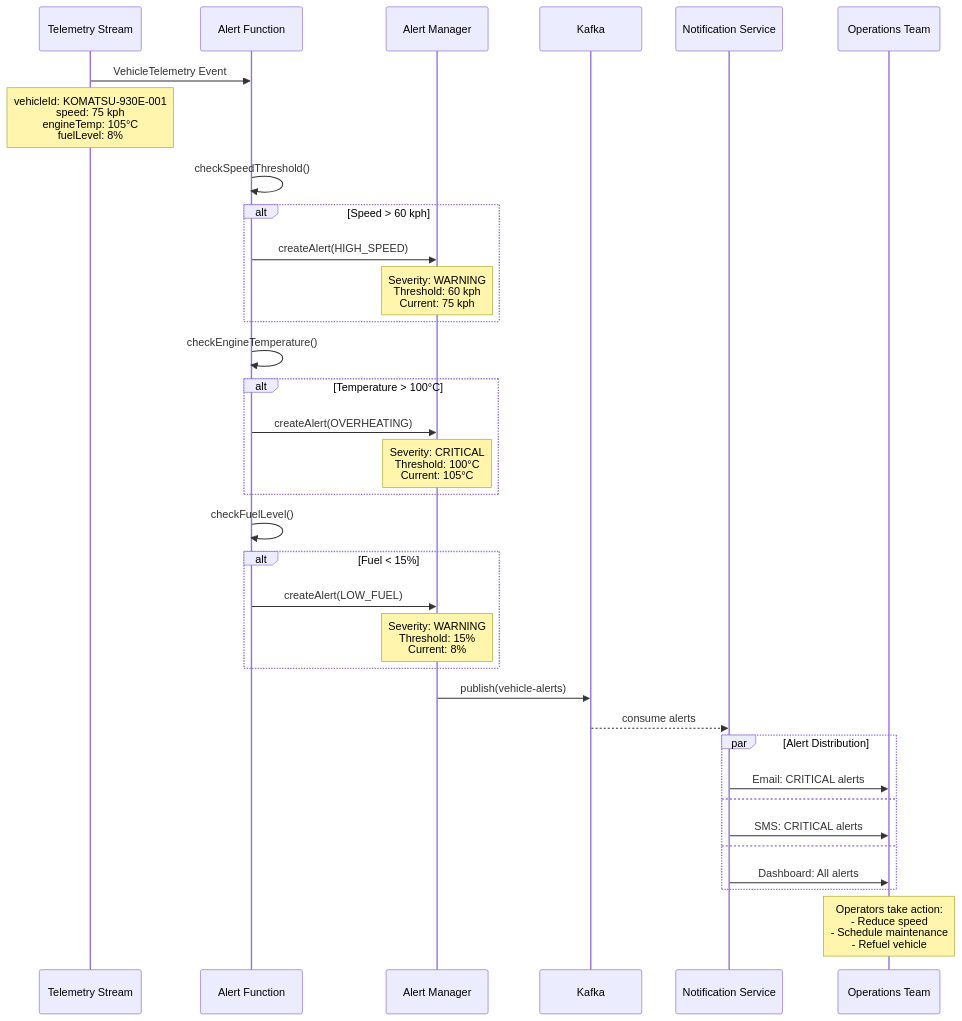
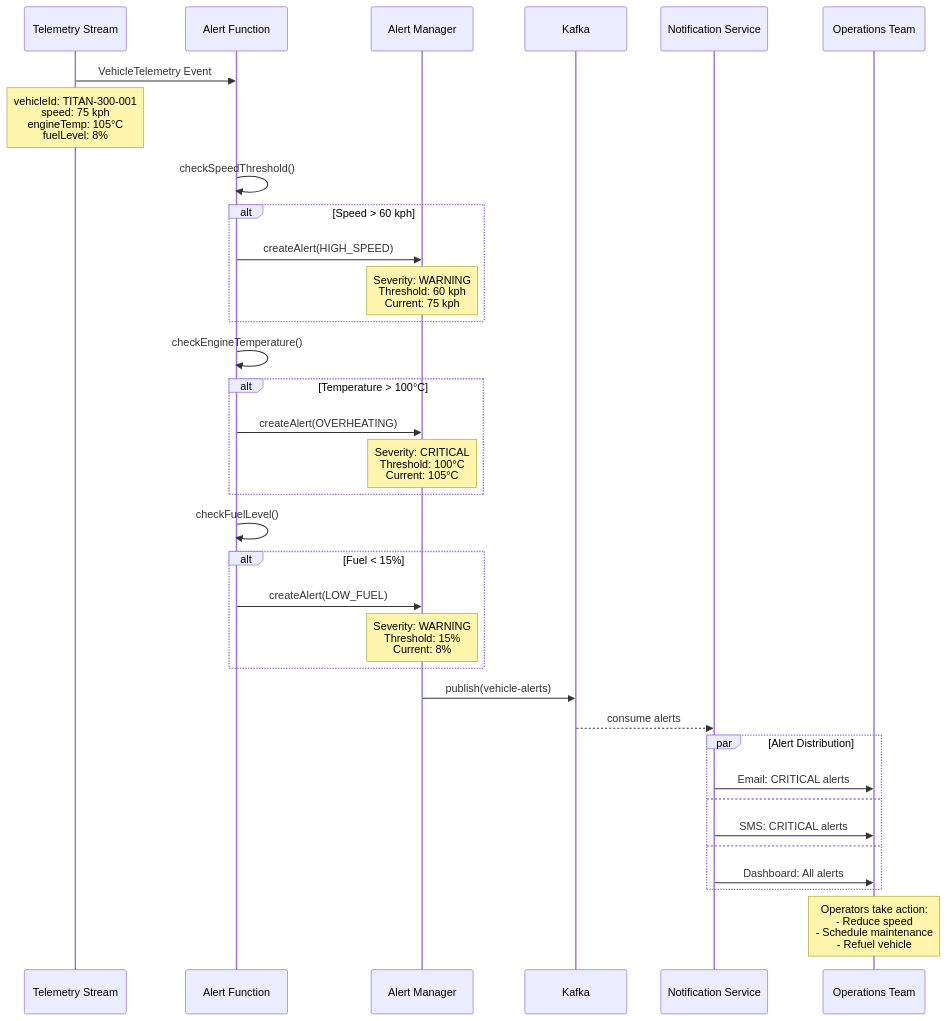
The fourth of 18 diagrams in DIAGRAMS.md (Shallako/ShuzAHS), drawn with Mermaid before and after one commit. The commit also changed other lines of this file and 33 other files, not shown here.

Commit message:
Replace Komatsu OEM references with fictional OEM Titan and Titan 300/400

````diff
--- a/DIAGRAMS.md
+++ b/DIAGRAMS.md
@@ -175,43 +175,43 @@
 ```mermaid
 sequenceDiagram
     participant T as Telemetry Stream
     participant AF as Alert Function
     participant AM as Alert Manager
     participant K as Kafka
     participant N as Notification Service
     participant OP as Operations Team
     
     T->>AF: VehicleTelemetry Event
-    Note over T: vehicleId: KOMATSU-930E-001<br/>speed: 75 kph<br/>engineTemp: 105°C<br/>fuelLevel: 8%
+    Note over T: vehicleId: TITAN-300-001<br/>speed: 75 kph<br/>engineTemp: 105°C<br/>fuelLevel: 8%
     
     AF->>AF: checkSpeedThreshold()
     alt Speed > 60 kph
         AF->>AM: createAlert(HIGH_SPEED)
         Note over AM: Severity: WARNING<br/>Threshold: 60 kph<br/>Current: 75 kph
     end
     
     AF->>AF: checkEngineTemperature()
     alt Temperature > 100°C
         AF->>AM: createAlert(OVERHEATING)
         Note over AM: Severity: CRITICAL<br/>Threshold: 100°C<br/>Current: 105°C
     end
     
     AF->>AF: checkFuelLevel()
     alt Fuel < 15%
         AF->>AM: createAlert(LOW_FUEL)
         Note over AM: Severity: WARNING<br/>Threshold: 15%<br/>Current: 8%
     end
     
     AM->>K: publish(vehicle-alerts)
     K-->>N: consume alerts
     
     par Alert Distribution
         N->>OP: Email: CRITICAL alerts
         and
         N->>OP: SMS: CRITICAL alerts
         and
         N->>OP: Dashboard: All alerts
     end
     
     Note over OP: Operators take action:<br/>- Reduce speed<br/>- Schedule maintenance<br/>- Refuel vehicle
 ```
````
